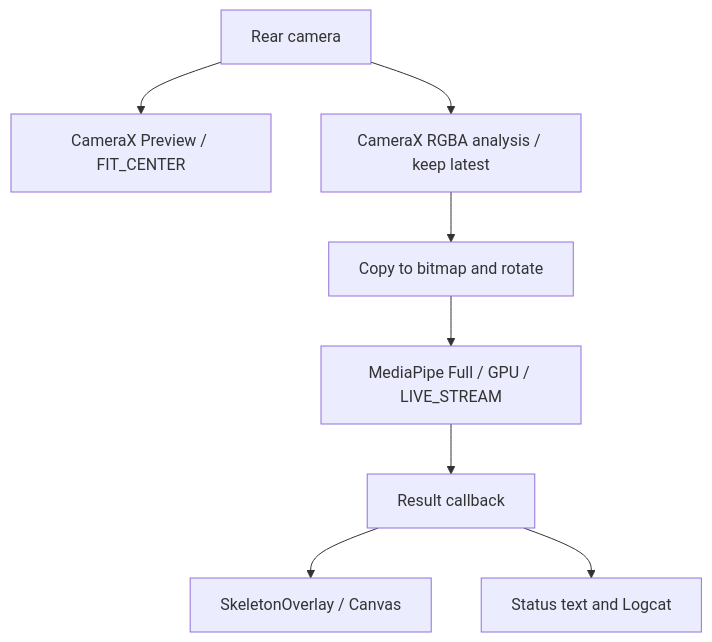
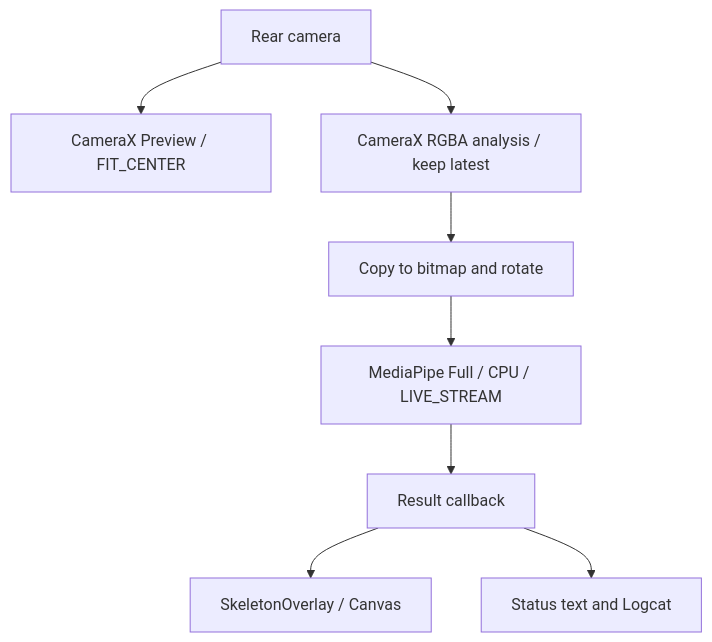
The diagram in README.md (deepak2noob/Pose_detection), drawn with Mermaid before and after one commit. The commit also changed other lines of this file and 4 other files, not shown here.

````diff
--- a/README.md
+++ b/README.md
@@ -97,10 +97,10 @@
 ```mermaid
 flowchart TD
     Camera[Rear camera] --> Preview[CameraX Preview / FIT_CENTER]
     Camera --> Analysis[CameraX RGBA analysis / keep latest]
     Analysis --> Convert[Copy to bitmap and rotate]
-    Convert --> Pose[MediaPipe Full / GPU / LIVE_STREAM]
+    Convert --> Pose[MediaPipe Full / CPU / LIVE_STREAM]
     Pose --> Result[Result callback]
     Result --> Overlay[SkeletonOverlay / Canvas]
     Result --> Metrics[Status text and Logcat]
 ```
````
